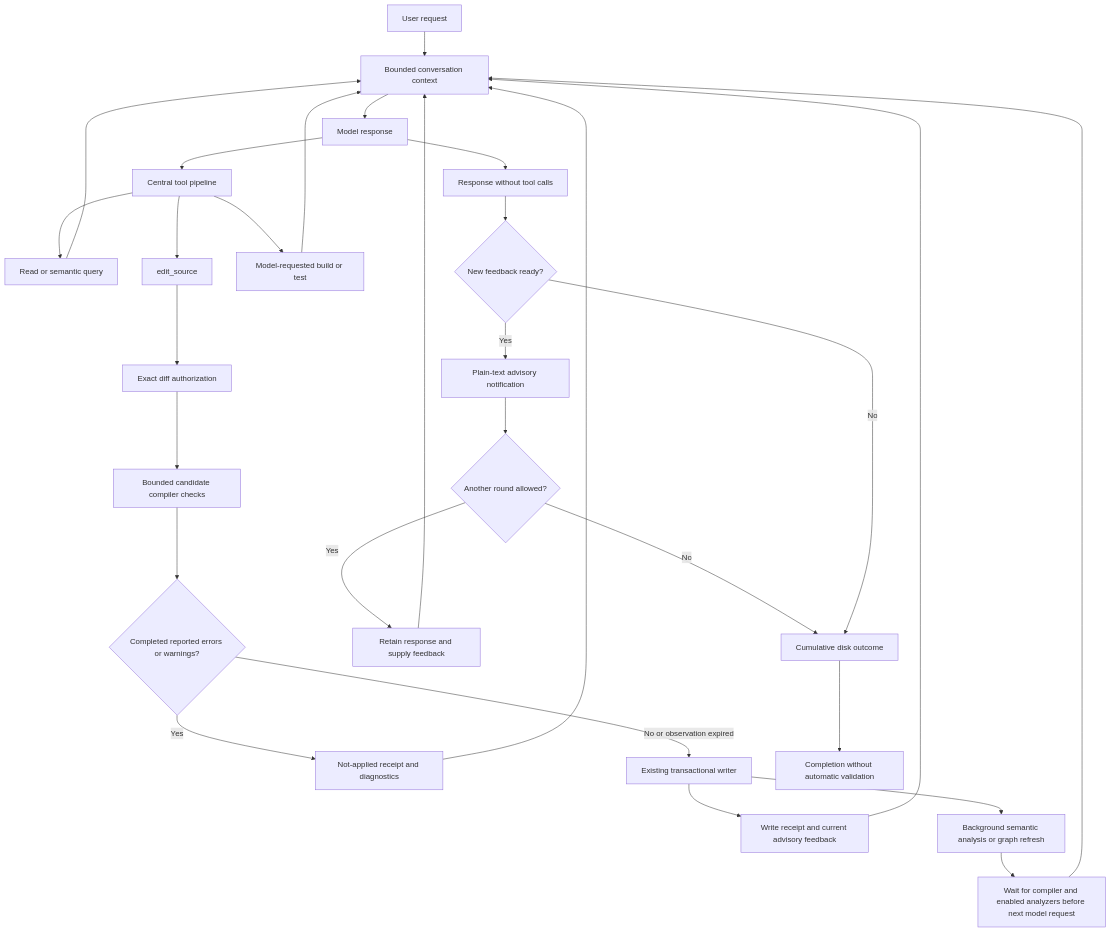
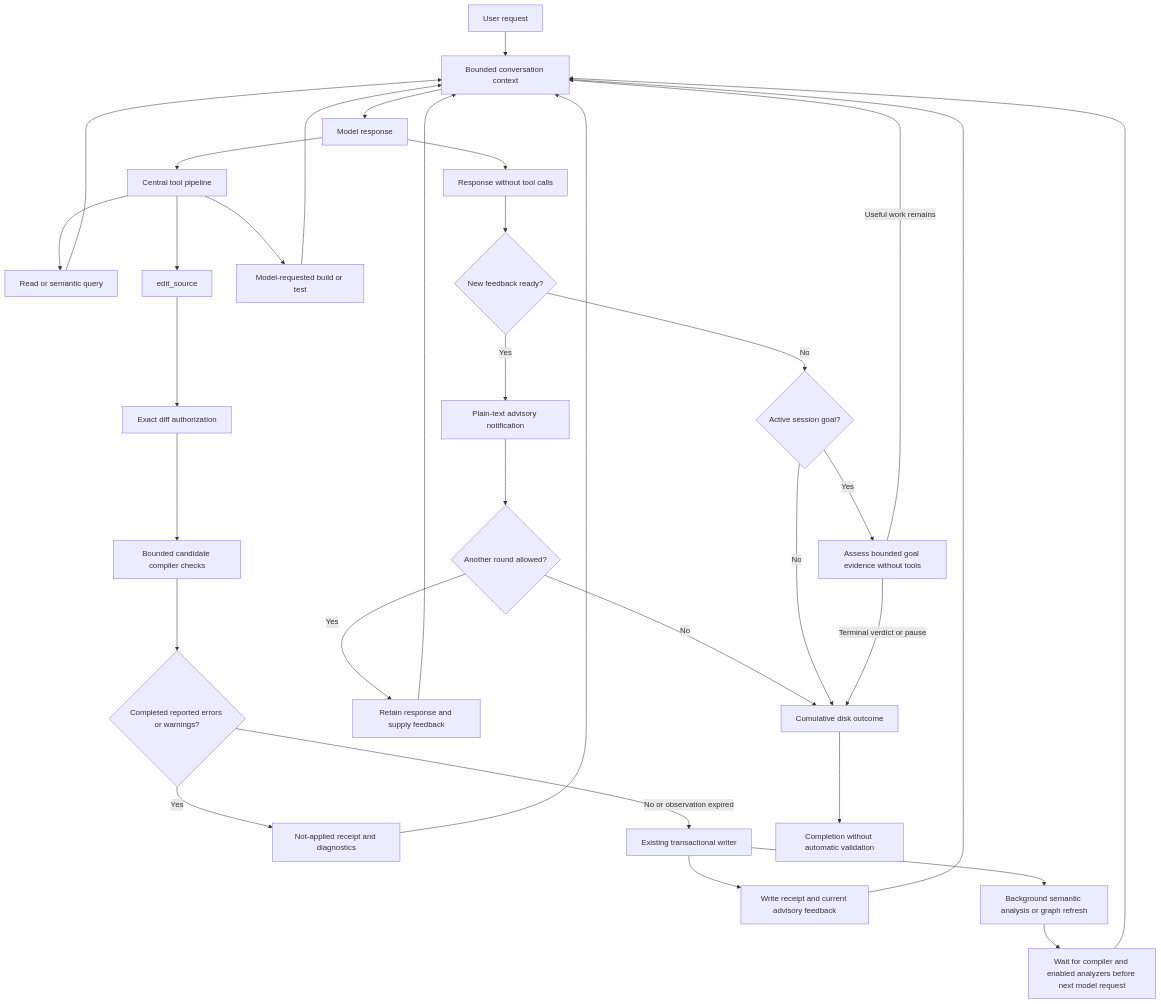
Before and after one commit to Threadsmith-NET/Threadsmith.NET: the diagram in docs/operations/conversation-loop.md, drawn with Mermaid. The commit also changed other lines of this file and 52 other files, not shown here.

````diff
--- a/docs/operations/conversation-loop.md
+++ b/docs/operations/conversation-loop.md
@@ -9,31 +13,35 @@
 ```mermaid
 flowchart TD
     U[User request] --> C[Bounded conversation context]
     C --> M[Model response]
     M --> T[Central tool pipeline]
     T --> R[Read or semantic query]
     R --> C
     T --> E[edit_source]
     E --> A[Exact diff authorization]
     A --> S[Bounded candidate compiler checks]
     S --> G{Completed reported errors or warnings?}
     G -->|Yes| J[Not-applied receipt and diagnostics]
     J --> C
     G -->|No or observation expired| W[Existing transactional writer]
     W --> F[Write receipt and current advisory feedback]
     F --> C
     W --> B[Background semantic analysis or graph refresh]
     B --> P[Wait for compiler and enabled analyzers before next model request]
     P --> C
     M --> D[Response without tool calls]
     T --> V[Model-requested build or test]
     V --> C
     D --> Q{New feedback ready?}
     Q -->|Yes| N[Plain-text advisory notification]
     N --> L{Another round allowed?}
     L -->|Yes| H[Retain response and supply feedback]
     H --> C
     L -->|No| O[Cumulative disk outcome]
-    Q -->|No| O
+    Q -->|No| G1{Active session goal?}
+    G1 -->|No| O
+    G1 -->|Yes| G2[Assess bounded goal evidence without tools]
+    G2 -->|Useful work remains| C
+    G2 -->|Terminal verdict or pause| O
     O --> X[Completion without automatic validation]
 ```
````
